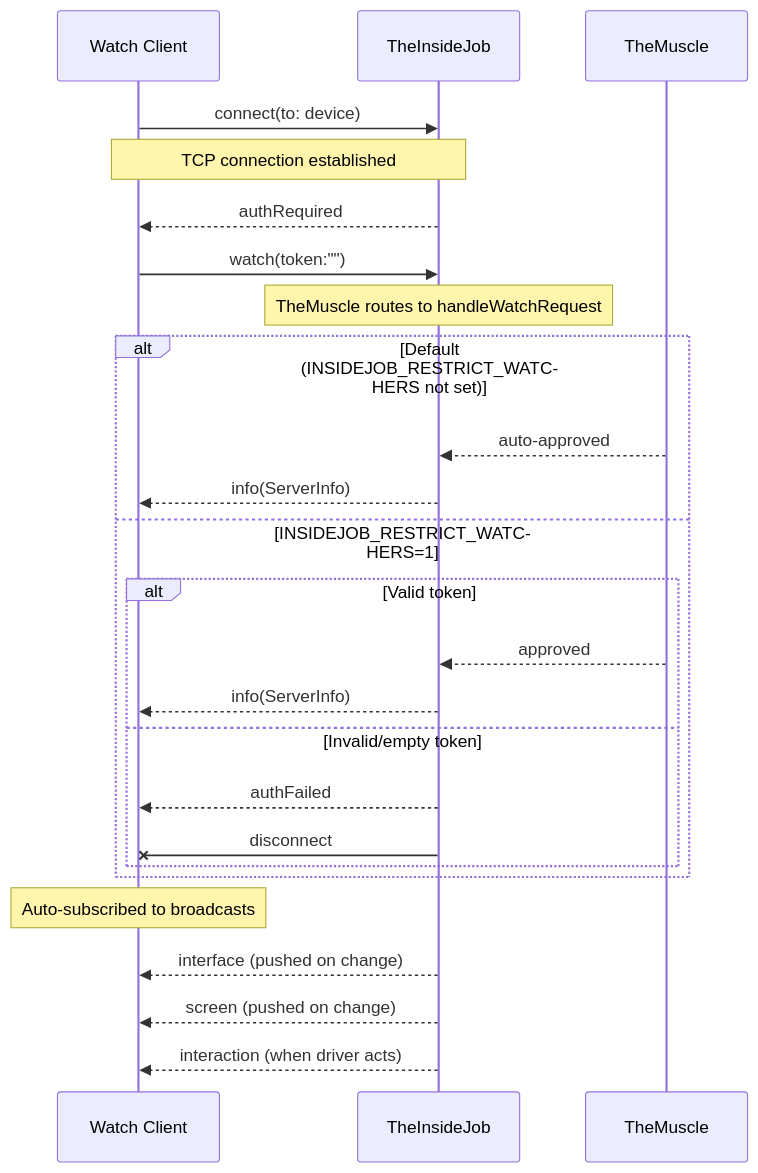
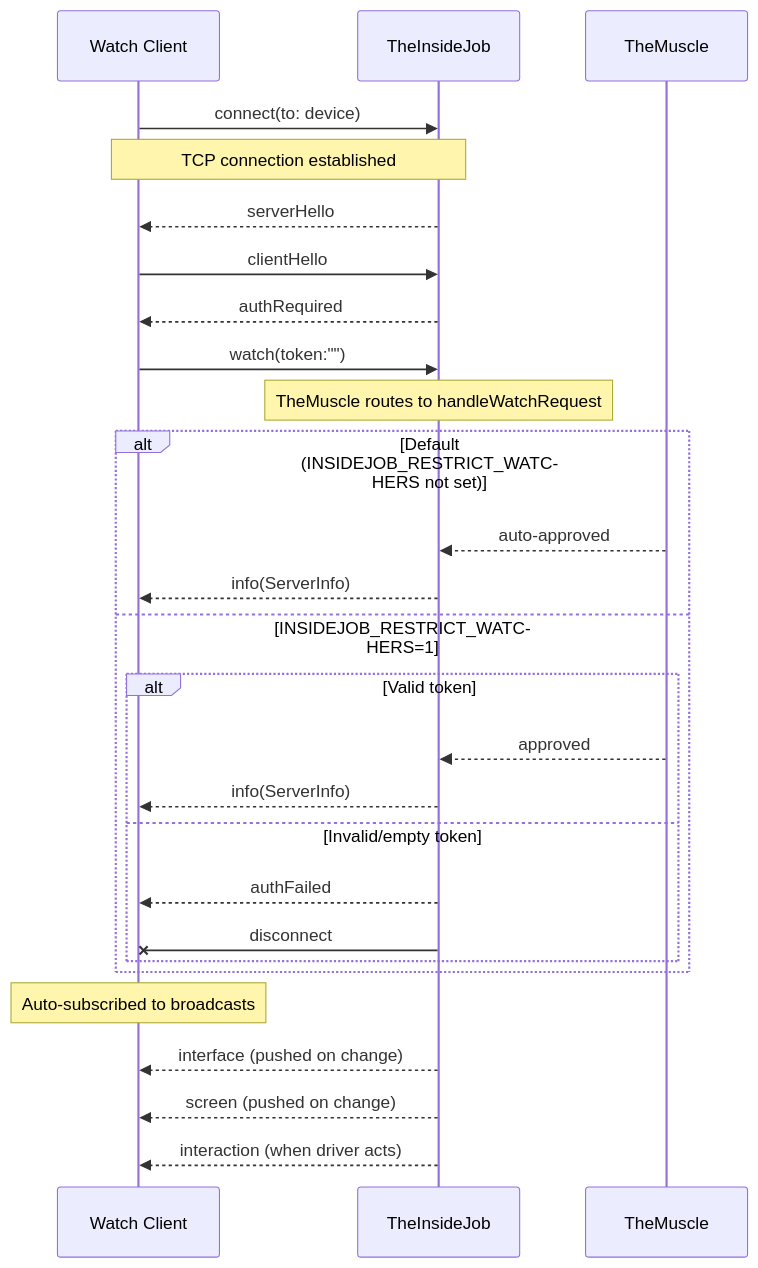
One commit to RoyalPineapple/TheButtonHeist changed the fifth of 8 diagrams in docs/ARCHITECTURE.md. Above: the diagram before and after it, drawn with Mermaid. The commit also changed other lines of this file and 30 other files, not shown here.

````diff
--- a/docs/ARCHITECTURE.md
+++ b/docs/ARCHITECTURE.md
@@ -449,31 +451,33 @@
 ```mermaid
 sequenceDiagram
     participant WC as Watch Client
     participant IJ as TheInsideJob
     participant TM as TheMuscle
 
     WC->>IJ: connect(to: device)
     Note over WC,IJ: TCP connection established
+    IJ-->>WC: serverHello
+    WC->>IJ: clientHello
     IJ-->>WC: authRequired
 
     WC->>IJ: watch(token:"")
     Note over IJ: TheMuscle routes to handleWatchRequest
 
     alt Default (INSIDEJOB_RESTRICT_WATCHERS not set)
         TM-->>IJ: auto-approved
         IJ-->>WC: info(ServerInfo)
     else INSIDEJOB_RESTRICT_WATCHERS=1
         alt Valid token
             TM-->>IJ: approved
             IJ-->>WC: info(ServerInfo)
         else Invalid/empty token
             IJ-->>WC: authFailed
             IJ-xWC: disconnect
         end
     end
 
     Note over WC: Auto-subscribed to broadcasts
     IJ-->>WC: interface (pushed on change)
     IJ-->>WC: screen (pushed on change)
     IJ-->>WC: interaction (when driver acts)
 ```
````
